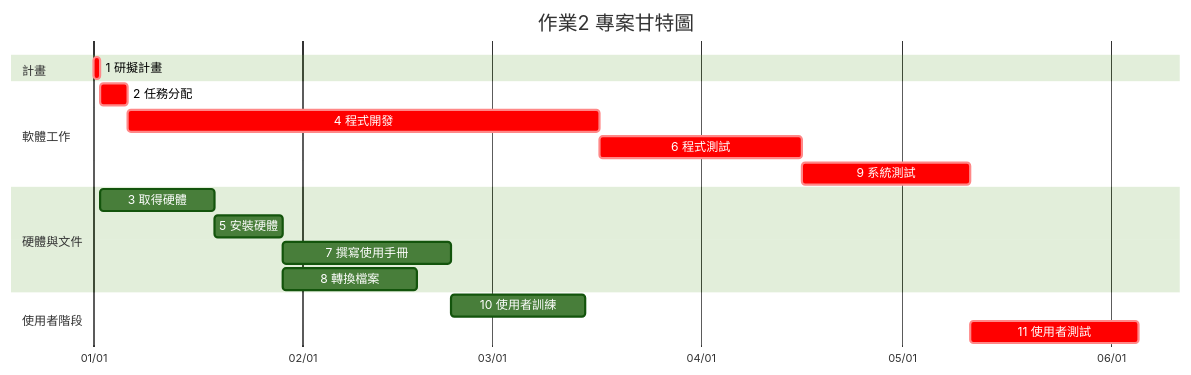
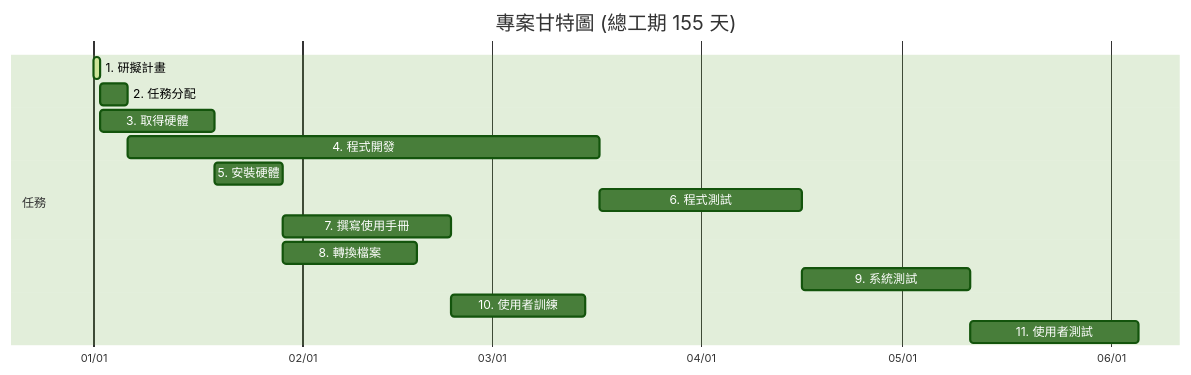
One commit to c112182108-maker/C112182108 changed the second of 2 diagrams in hw2.md. Above: the diagram before and after it, drawn with Mermaid (forest theme). The commit also changed other lines of this file, not shown here.

````diff
--- a/hw2.md
+++ b/hw2.md
@@ -92,25 +55,19 @@
 ```mermaid
 gantt
-    title 作業2 專案甘特圖
+    title 專案甘特圖 (總工期 155 天)
     dateFormat YYYY-MM-DD
     axisFormat %m/%d
 
-    section 計畫
-    1 研擬計畫       :crit, a1, 2026-01-01, 1d
-
-    section 軟體工作
-    2 任務分配       :crit, a2, after a1, 4d
-    4 程式開發       :crit, a4, after a2, 70d
-    6 程式測試       :crit, a6, after a4, 30d
-    9 系統測試       :crit, a9, after a6, 25d
-
-    section 硬體與文件
-    3 取得硬體       :a3, after a1, 17d
-    5 安裝硬體       :a5, after a3, 10d
-    7 撰寫使用手冊   :a7, after a5, 25d
-    8 轉換檔案       :a8, after a5, 20d
-
-    section 使用者階段
-    10 使用者訓練    :a10, after a7, 20d
-    11 使用者測試    :crit, a11, after a9, 25d
+    section 任務
+    1. 研擬計畫      :active, t1, 2026-01-01, 1d
+    2. 任務分配      :t2, after t1, 4d
+    3. 取得硬體      :t3, after t1, 17d
+    4. 程式開發      :t4, after t2, 70d
+    5. 安裝硬體      :t5, after t3, 10d
+    6. 程式測試      :t6, after t4, 30d
+    7. 撰寫使用手冊  :t7, after t5, 25d
+    8. 轉換檔案      :t8, after t5, 20d
+    9. 系統測試      :t9, after t6, 25d
+    10. 使用者訓練   :t10, after t7 t8, 20d
+    11. 使用者測試   :t11, after t9 t10, 25d
 ```
````
